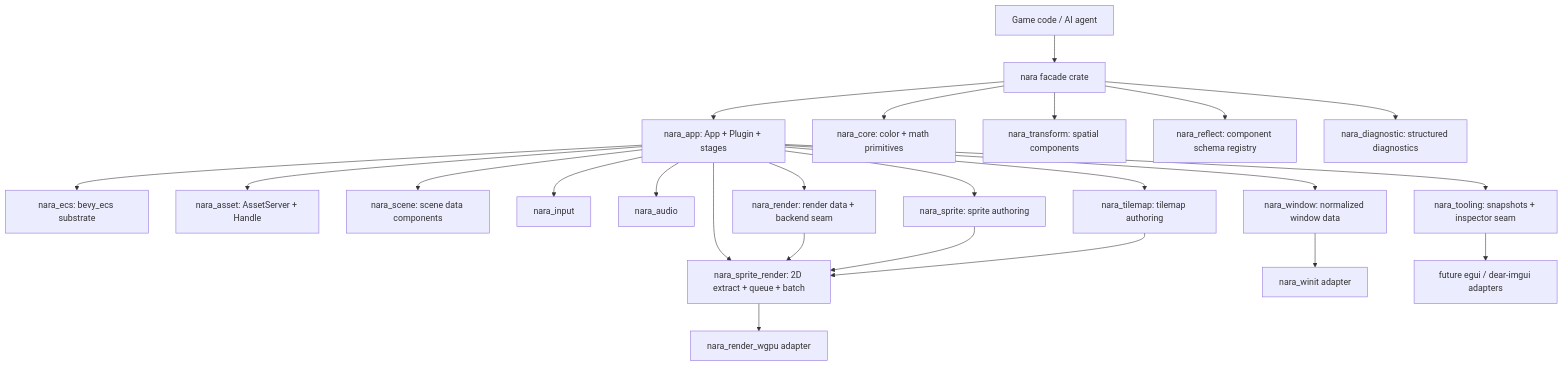
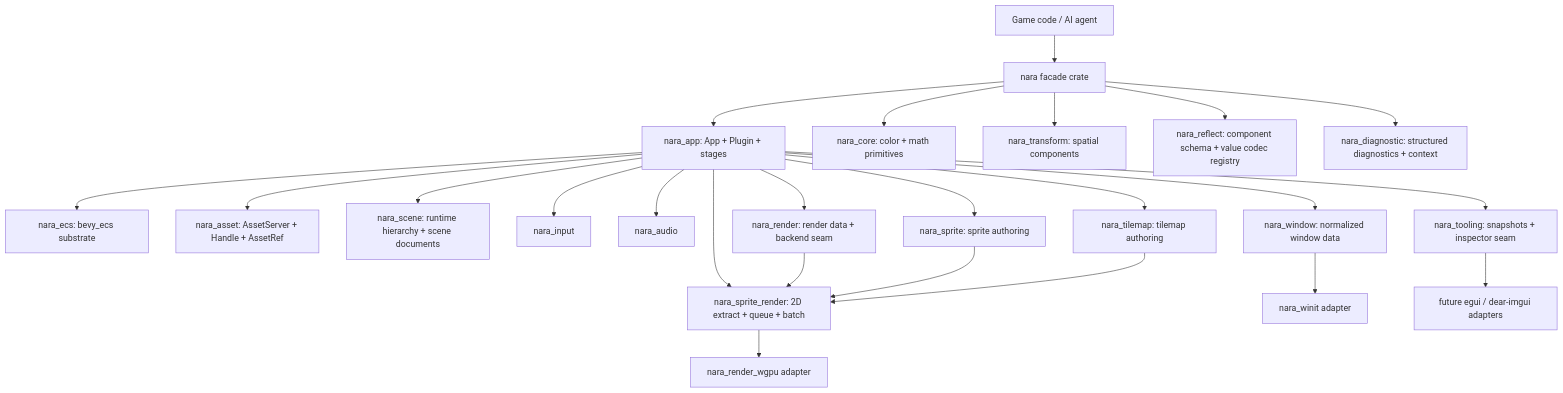
Before and after one commit to Latias94/nara: the first of 2 diagrams in docs/architecture/nara-foundation.md, drawn with Mermaid. The commit also changed other lines of this file and 9 other files, not shown here.

````diff
--- a/docs/architecture/nara-foundation.md
+++ b/docs/architecture/nara-foundation.md
@@ -37,26 +37,26 @@
 ```mermaid
 flowchart TD
     User[Game code / AI agent] --> Facade[nara facade crate]
     Facade --> App[nara_app: App + Plugin + stages]
     App --> ECS[nara_ecs: bevy_ecs substrate]
     Facade --> Core[nara_core: color + math primitives]
     Facade --> Transform[nara_transform: spatial components]
-    Facade --> Reflect[nara_reflect: component schema registry]
-    Facade --> Diagnostic[nara_diagnostic: structured diagnostics]
-    App --> Asset[nara_asset: AssetServer + Handle]
-    App --> Scene[nara_scene: scene data components]
+    Facade --> Reflect[nara_reflect: component schema + value codec registry]
+    Facade --> Diagnostic[nara_diagnostic: structured diagnostics + context]
+    App --> Asset[nara_asset: AssetServer + Handle + AssetRef]
+    App --> Scene[nara_scene: runtime hierarchy + scene documents]
     App --> Input[nara_input]
     App --> Audio[nara_audio]
     App --> Render[nara_render: render data + backend seam]
     App --> Sprite[nara_sprite: sprite authoring]
     App --> Tilemap[nara_tilemap: tilemap authoring]
     App --> SpriteRender[nara_sprite_render: 2D extract + queue + batch]
     App --> Window[nara_window: normalized window data]
     Window --> WinitAdapter[nara_winit adapter]
     App --> Tooling[nara_tooling: snapshots + inspector seam]
     Render --> SpriteRender
     Sprite --> SpriteRender
     Tilemap --> SpriteRender
     SpriteRender --> WgpuAdapter[nara_render_wgpu adapter]
     Tooling --> DebugUi[future egui / dear-imgui adapters]
 ```
````
